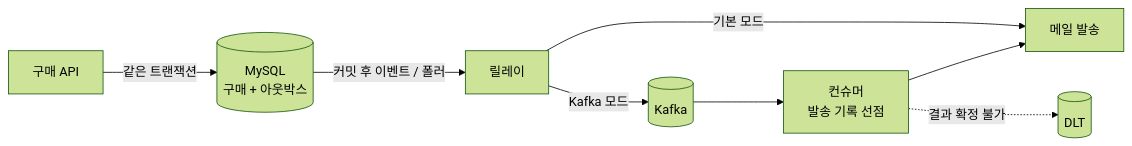
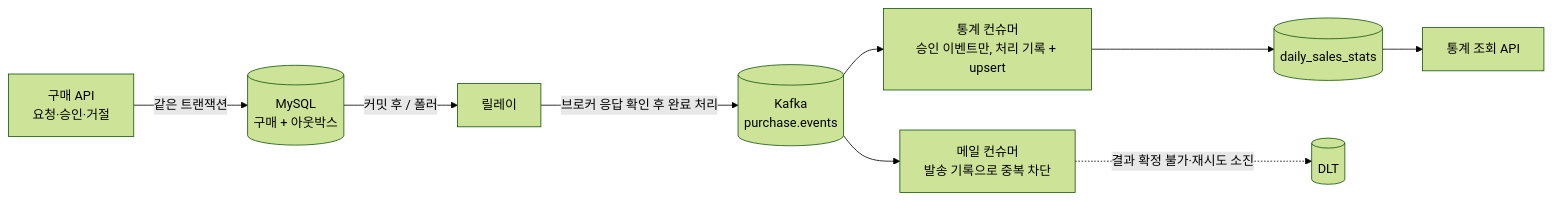
The second of 2 diagrams in README.md (Ahn-seokjoo/todo-spring), drawn with Mermaid (forest theme) before and after one commit. The commit also changed other lines of this file, not shown here.

````diff
--- a/README.md
+++ b/README.md
@@ -41,10 +54,11 @@
 ```mermaid
 flowchart LR
-    API[구매 API] -->|같은 트랜잭션| DB[(MySQL<br/>구매 + 아웃박스)]
-    DB -->|커밋 후 이벤트 / 폴러| Relay[릴레이]
-    Relay -->|기본 모드| Mail[메일 발송]
-    Relay -->|Kafka 모드| Kafka[(Kafka)]
-    Kafka --> Consumer[컨슈머<br/>발송 기록 선점]
-    Consumer --> Mail
-    Consumer -.->|결과 확정 불가| DLT[(DLT)]
+    API[구매 API<br/>요청·승인·거절] -->|같은 트랜잭션| DB[(MySQL<br/>구매 + 아웃박스)]
+    DB -->|커밋 후 / 폴러| Relay[릴레이]
+    Relay -->|브로커 응답 확인 후 완료 처리| Kafka[(Kafka<br/>purchase.events)]
+    Kafka --> Mail[메일 컨슈머<br/>발송 기록으로 중복 차단]
+    Kafka --> Stats[통계 컨슈머<br/>승인 이벤트만, 처리 기록 + upsert]
+    Stats --> StatsDB[(daily_sales_stats)]
+    StatsDB --> StatsAPI[통계 조회 API]
+    Mail -.->|결과 확정 불가·재시도 소진| DLT[(DLT)]
 ```
````
